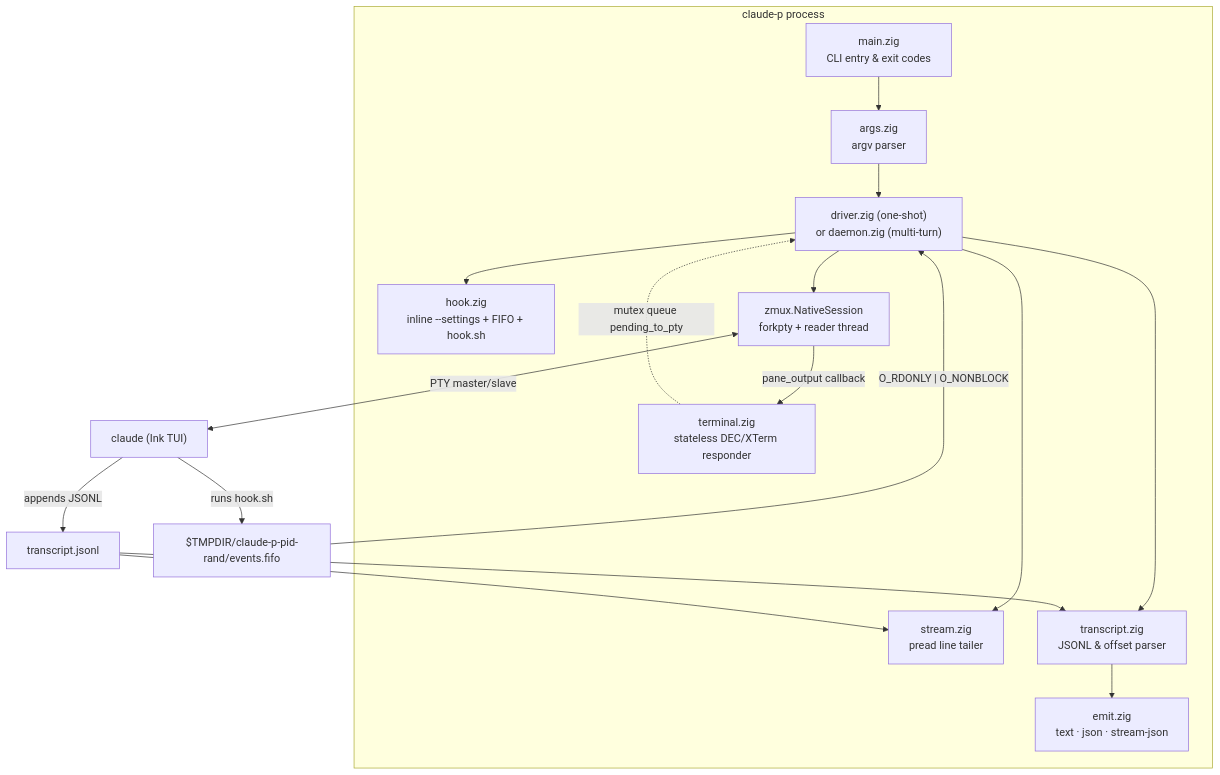
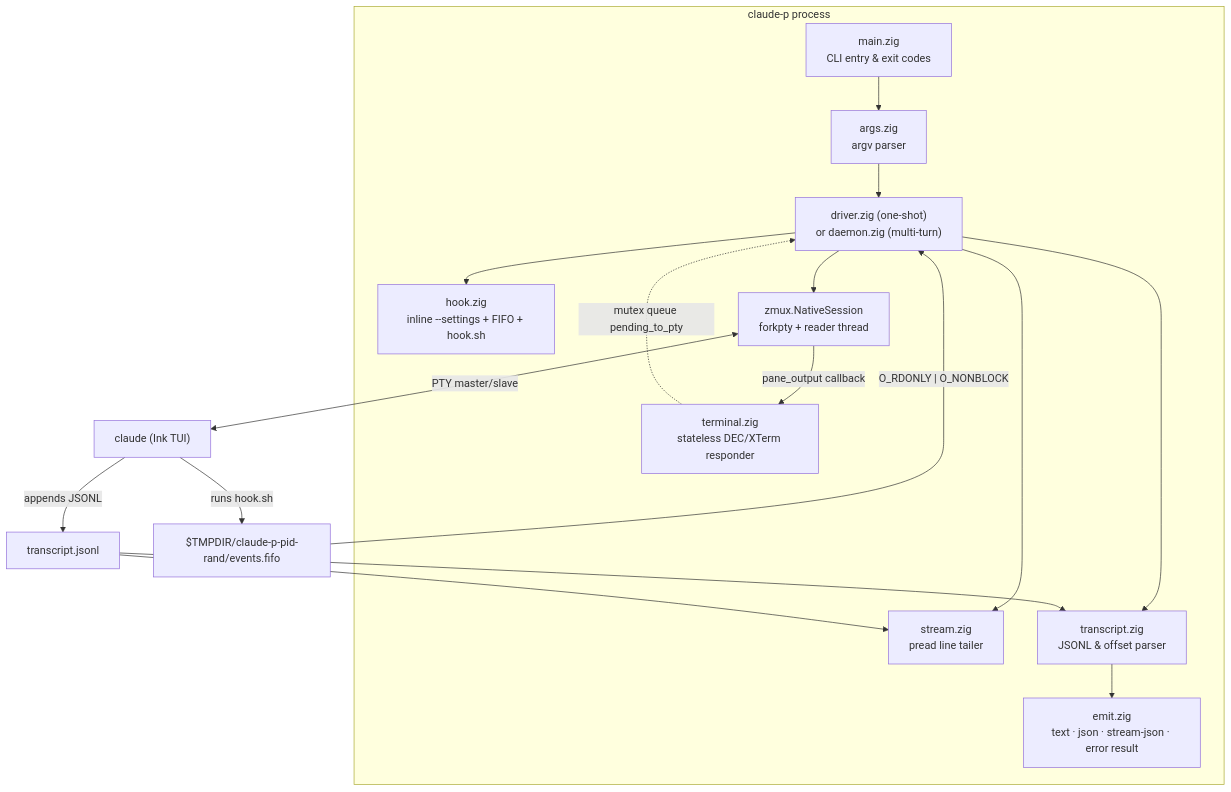
One commit to smithersai/claude-p changed the diagram in SPEC.md. Above: the diagram before and after it, drawn with Mermaid. The commit also changed other lines of this file and 29 other files, not shown here.

````diff
--- a/SPEC.md
+++ b/SPEC.md
@@ -35,21 +35,21 @@
 ```mermaid
 flowchart TB
     subgraph Process["claude-p process"]
         Main["main.zig<br/>CLI entry & exit codes"] --> Args["args.zig<br/>argv parser"]
         Args --> Driver["driver.zig (one-shot)<br/>or daemon.zig (multi-turn)"]
         Driver --> Hook["hook.zig<br/>inline --settings + FIFO + hook.sh"]
         Driver --> Zmux["zmux.NativeSession<br/>forkpty + reader thread"]
         Zmux -->|"pane_output callback"| Term["terminal.zig<br/>stateless DEC/XTerm responder"]
         Term -.->|"mutex queue pending_to_pty"| Driver
         Driver --> Tail["stream.zig<br/>pread line tailer"]
         Driver --> Parse["transcript.zig<br/>JSONL & offset parser"]
-        Parse --> Emit["emit.zig<br/>text · json · stream-json"]
+        Parse --> Emit["emit.zig<br/>text · json · stream-json · error result"]
     end
 
     Zmux <-->|"PTY master/slave"| Child["claude (Ink TUI)"]
     Child -->|"runs hook.sh"| FIFO["$TMPDIR/claude-p-pid-rand/events.fifo"]
     FIFO -->|"O_RDONLY | O_NONBLOCK"| Driver
     Child -->|"appends JSONL"| File["transcript.jsonl"]
     File --> Tail
     File --> Parse
 ```
````
